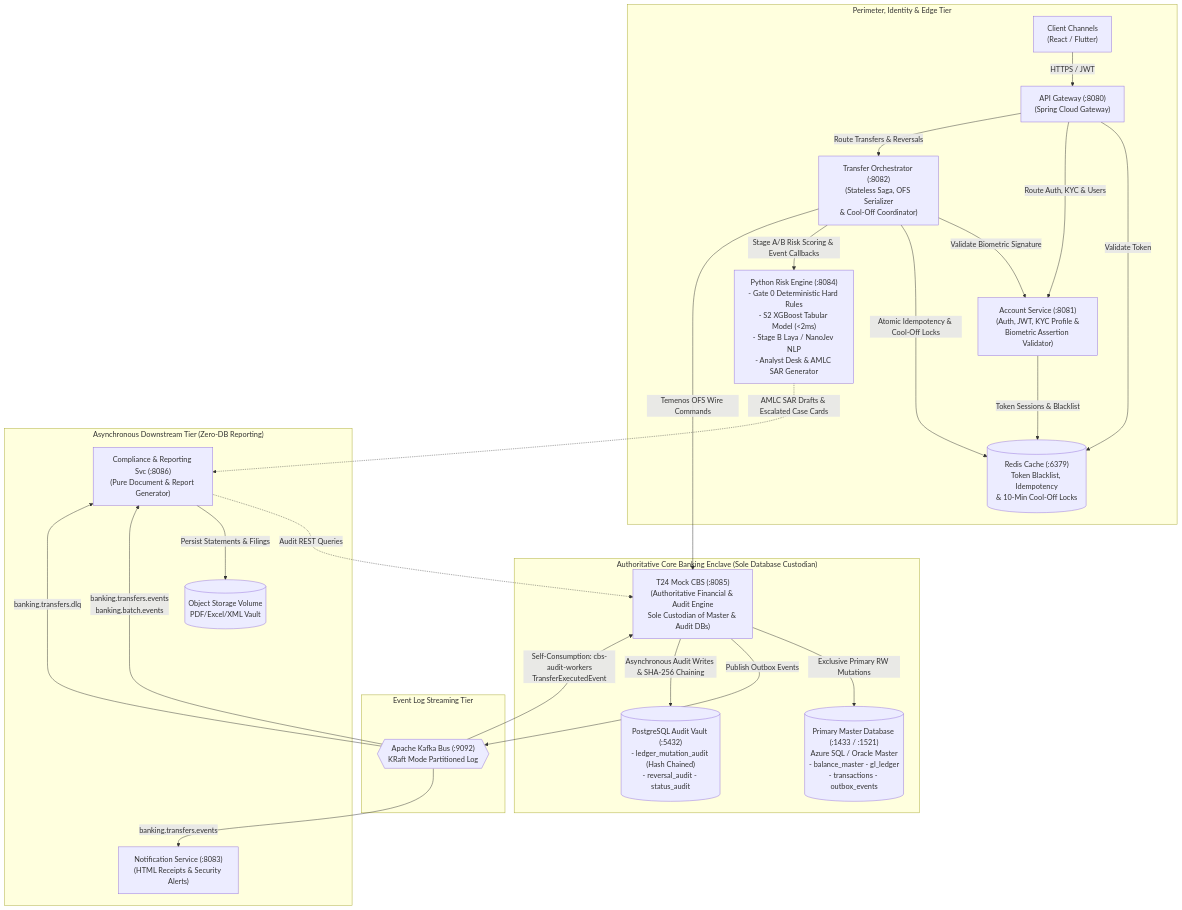
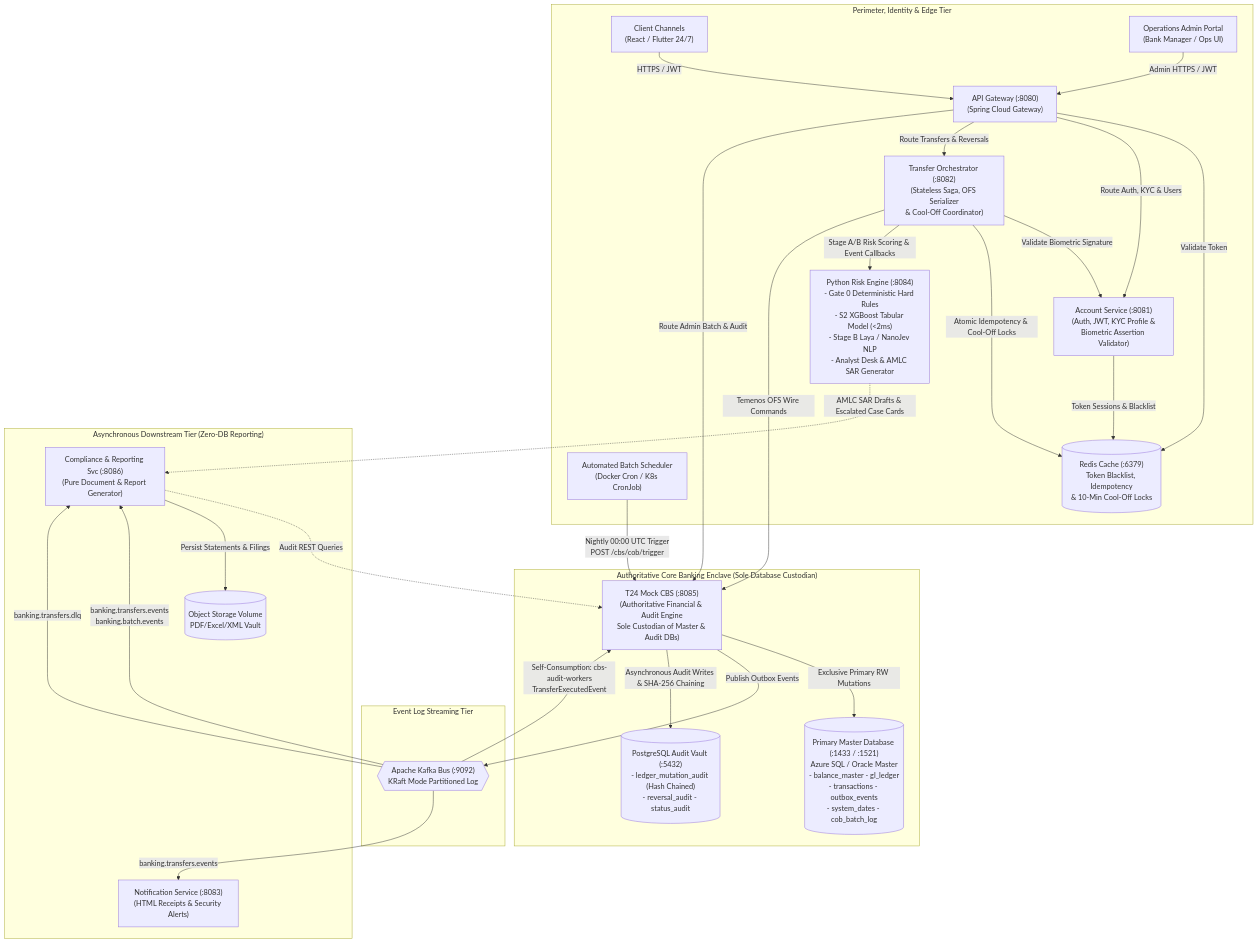
Before and after one commit to romzelmadidev/group3_fse_capstone: the first of 29 diagrams in docs/architecture/TARGET_ARCHITECTURE_TRANSITION_DESIGN.md, drawn with Mermaid. The commit also changed other lines of this file and 114 other files, not shown here.

````diff
--- a/docs/architecture/TARGET_ARCHITECTURE_TRANSITION_DESIGN.md
+++ b/docs/architecture/TARGET_ARCHITECTURE_TRANSITION_DESIGN.md
@@ -32,47 +32,52 @@
 ```mermaid
 flowchart TD
     subgraph Edge_Tier["Perimeter, Identity & Edge Tier"]
-        UI["Client Channels<br/>(React / Flutter)"]
+        UI["Client Channels<br/>(React / Flutter 24/7)"]
+        OPS_UI["Operations Admin Portal<br/>(Bank Manager / Ops UI)"]
+        CRON["Automated Batch Scheduler<br/>(Docker Cron / K8s CronJob)"]
         GW["API Gateway (:8080)<br/>(Spring Cloud Gateway)"]
         ACCT["Account Service (:8081)<br/>(Auth, JWT, KYC Profile &<br/>Biometric Assertion Validator)"]
         REDIS[("Redis Cache (:6379)<br/>Token Blacklist, Idempotency<br/>& 10-Min Cool-Off Locks")]
         ORCH["Transfer Orchestrator (:8082)<br/>(Stateless Saga, OFS Serializer<br/>& Cool-Off Coordinator)"]
         RISK["Python Risk Engine (:8084)<br/>- Gate 0 Deterministic Hard Rules<br/>- S2 XGBoost Tabular Model (&lt;2ms)<br/>- Stage B Laya / NanoJev NLP<br/>- Analyst Desk & AMLC SAR Generator"]
     end
 
     subgraph Core_Enclave["Authoritative Core Banking Enclave (Sole Database Custodian)"]
         CBS["T24 Mock CBS (:8085)<br/>(Authoritative Financial & Audit Engine<br/>Sole Custodian of Master & Audit DBs)"]
-        MASTER_DB[("Primary Master Database (:1433 / :1521)<br/>Azure SQL / Oracle Master<br/>- balance_master - gl_ledger<br/>- transactions - outbox_events")]
+        MASTER_DB[("Primary Master Database (:1433 / :1521)<br/>Azure SQL / Oracle Master<br/>- balance_master - gl_ledger<br/>- transactions - outbox_events<br/>- system_dates - cob_batch_log")]
         AUDIT_DB[("PostgreSQL Audit Vault (:5432)<br/>- ledger_mutation_audit (Hash Chained)<br/>- reversal_audit - status_audit")]
     end
 
     subgraph Event_Log["Event Log Streaming Tier"]
         KAFKA{{"Apache Kafka Bus (:9092)<br/>KRaft Mode Partitioned Log"}}
     end
 
     subgraph Async_Subscribers["Asynchronous Downstream Tier (Zero-DB Reporting)"]
         NOTIF["Notification Service (:8083)<br/>(HTML Receipts & Security Alerts)"]
         COMP["Compliance & Reporting Svc (:8086)<br/>(Pure Document & Report Generator)"]
         STORAGE[("Object Storage Volume<br/>PDF/Excel/XML Vault")]
     end
 
     UI -->|HTTPS / JWT| GW
+    OPS_UI -->|Admin HTTPS / JWT| GW
+    CRON -->|Nightly 00:00 UTC Trigger<br/>POST /cbs/cob/trigger| CBS
     GW -->|Validate Token| REDIS
     GW -->|Route Auth, KYC & Users| ACCT
     GW -->|Route Transfers & Reversals| ORCH
+    GW -->|Route Admin Batch & Audit| CBS
     ACCT -->|Token Sessions & Blacklist| REDIS
     ORCH -->|Validate Biometric Signature| ACCT
     ORCH -->|Atomic Idempotency & Cool-Off Locks| REDIS
     ORCH -->|Stage A/B Risk Scoring & Event Callbacks| RISK
     ORCH -->|Temenos OFS Wire Commands| CBS
     RISK -.->|AMLC SAR Drafts & Escalated Case Cards| COMP
     CBS -->|Exclusive Primary RW Mutations| MASTER_DB
     CBS -->|Publish Outbox Events| KAFKA
     KAFKA -->|Self-Consumption: cbs-audit-workers<br/>TransferExecutedEvent| CBS
     CBS -->|Asynchronous Audit Writes & SHA-256 Chaining| AUDIT_DB
     KAFKA -->|banking.transfers.events| NOTIF
     KAFKA -->|banking.transfers.events<br/>banking.batch.events| COMP
     KAFKA -->|banking.transfers.dlq| COMP
     COMP -.->|Audit REST Queries| CBS
     COMP -->|Persist Statements & Filings| STORAGE
 ```
````
